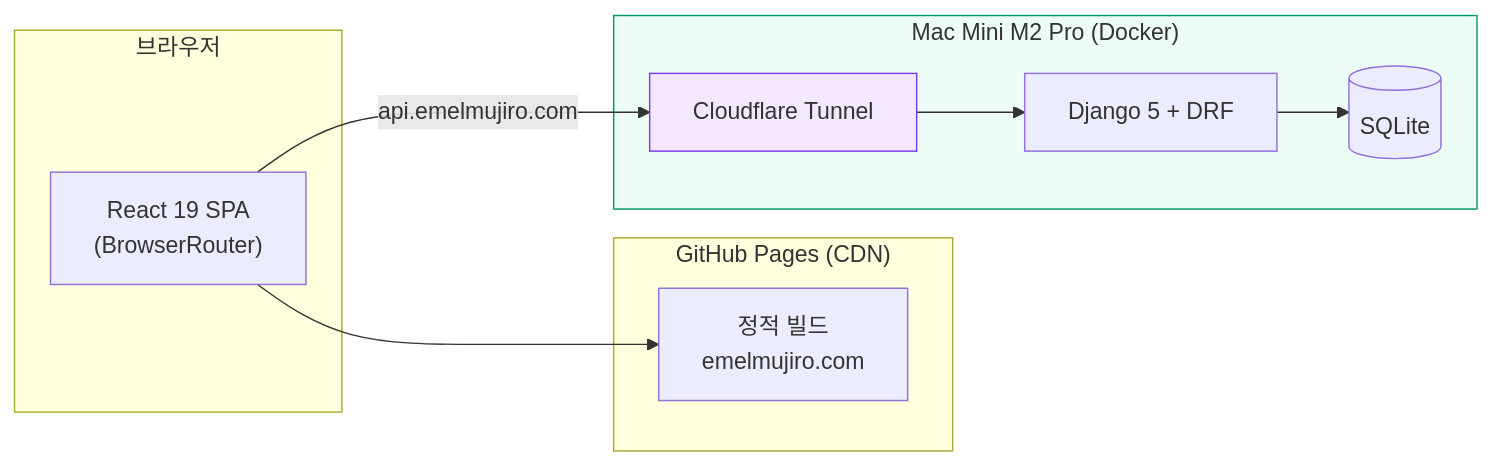
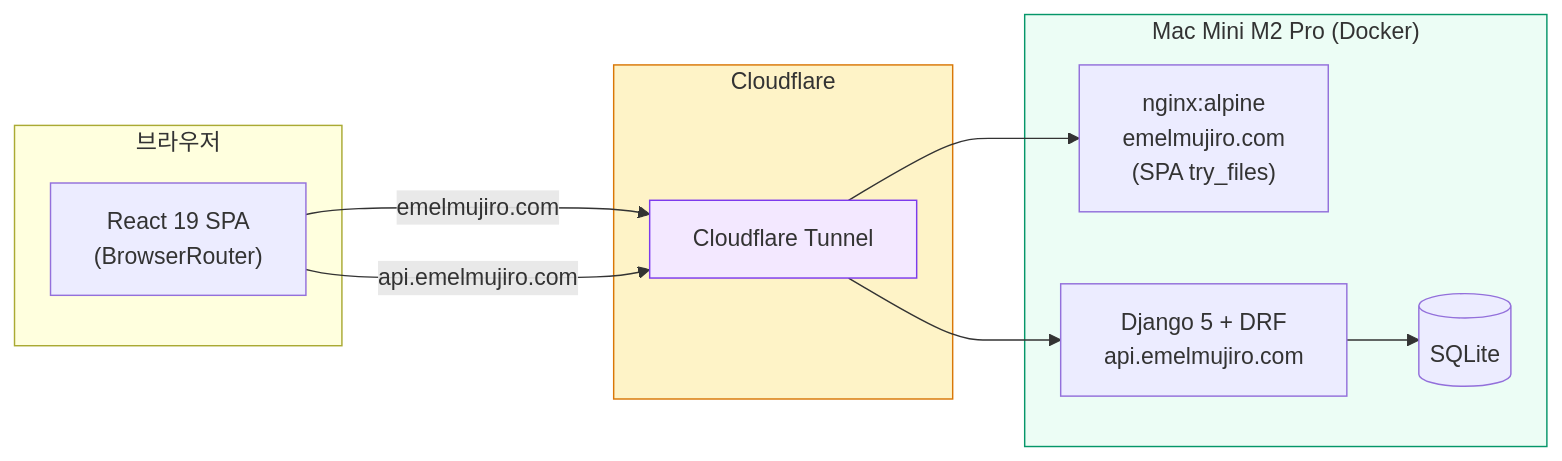
One commit to researcherhojin/emelmujiro changed the first of 2 diagrams in README.md. Above: the diagram before and after it, drawn with Mermaid. The commit also changed other lines of this file and 1 other file, not shown here.

First line of the commit message:
docs: update README and CLAUDE.md for Mac Mini frontend deployment

````diff
--- a/README.md
+++ b/README.md
@@ -97,24 +97,26 @@
 ```mermaid
 graph LR
     subgraph Client["브라우저"]
         React["React 19 SPA<br/>(BrowserRouter)"]
     end
 
-    subgraph Frontend["GitHub Pages (CDN)"]
-        Static["정적 빌드<br/>emelmujiro.com"]
+    subgraph CF["Cloudflare"]
+        Tunnel["Cloudflare Tunnel"]
     end
 
     subgraph MacMini["Mac Mini M2 Pro (Docker)"]
-        Tunnel["Cloudflare Tunnel"]
-        DRF["Django 5 + DRF"]
+        Nginx["nginx:alpine<br/>emelmujiro.com<br/>(SPA try_files)"]
+        DRF["Django 5 + DRF<br/>api.emelmujiro.com"]
         DB[(SQLite)]
     end
 
-    React --> Static
+    React -->|"emelmujiro.com"| Tunnel
     React -->|"api.emelmujiro.com"| Tunnel
+    Tunnel --> Nginx
     Tunnel --> DRF
     DRF --> DB
 
     style Tunnel fill:#F3E8FF,stroke:#7C3AED
     style MacMini fill:#ECFDF5,stroke:#059669
+    style CF fill:#FEF3C7,stroke:#D97706
 ```
````
